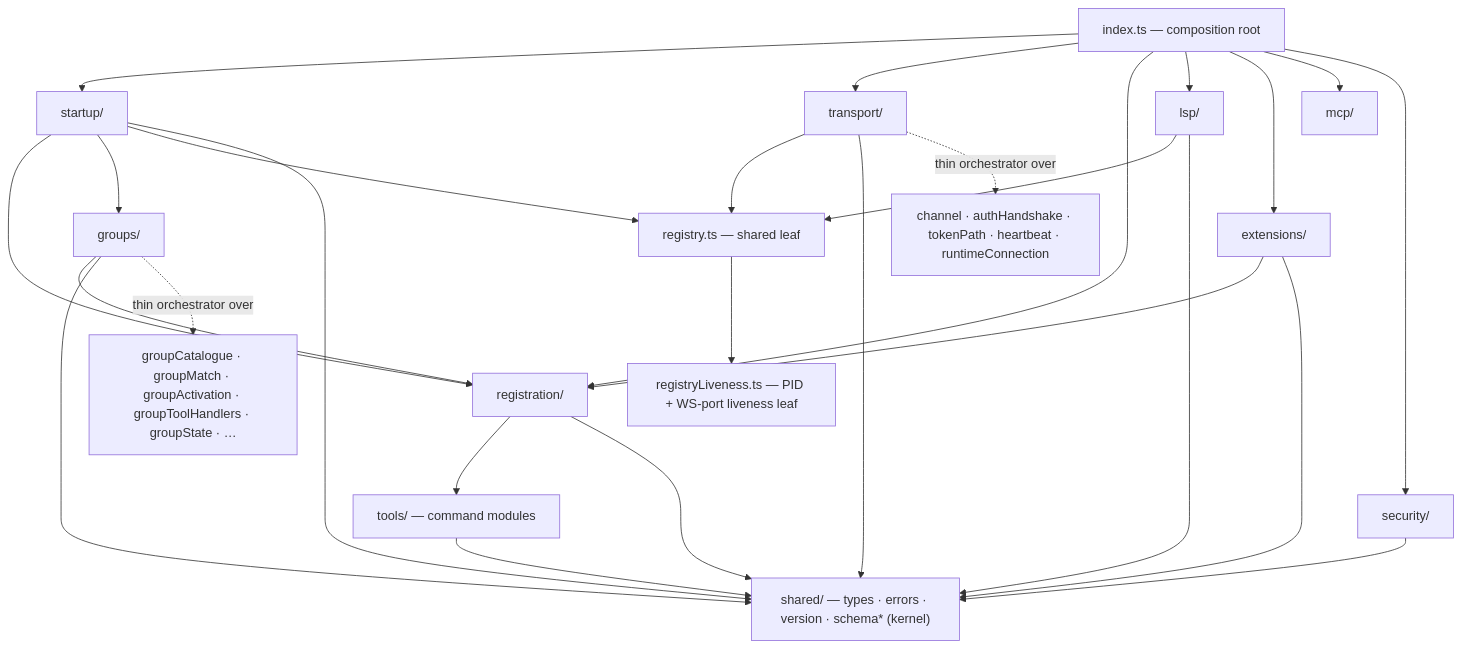
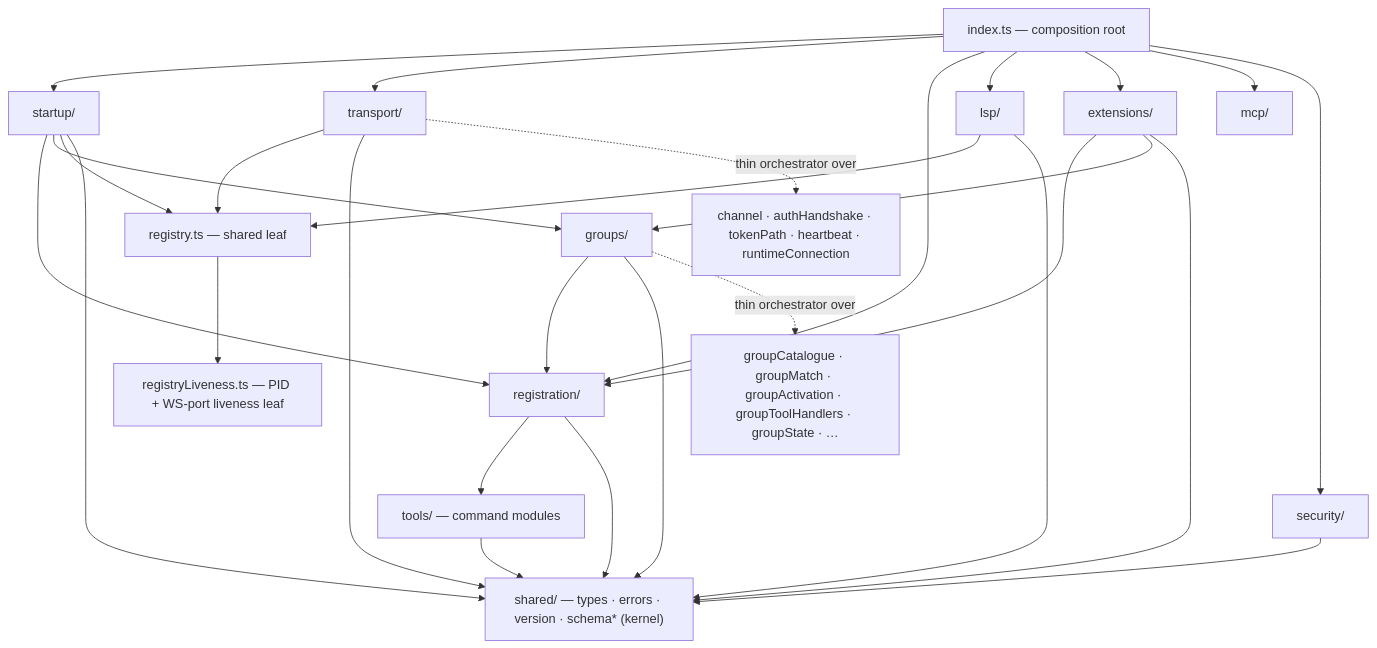
One commit to NPGameDev/godot-mcp-server changed the second of 13 diagrams in docs/architecture/README.md. Above: the diagram before and after it, drawn with Mermaid. The commit also changed other lines of this file and 1 other file, not shown here.

First line of the commit message:
docs: apply the review's fixes to the architecture doc and error table

````diff
--- a/docs/architecture/README.md
+++ b/docs/architecture/README.md
@@ -166,31 +166,32 @@
 ```mermaid
 flowchart TD
     index["index.ts — composition root"]
     registry["registry.ts — shared leaf"]
     index --> startup["startup/"]
     index --> transport["transport/"]
     index --> registration["registration/"]
     index --> lsp["lsp/"]
     index --> extensions["extensions/"]
     index --> mcp["mcp/"]
     index --> security["security/"]
     startup --> registration
     startup --> groups["groups/"]
     groups --> registration
     extensions --> registration
+    extensions --> groups
     registration --> tools["tools/ — command modules"]
     transport --> registry
     startup --> registry
     lsp --> registry
     registry --> liveness["registryLiveness.ts — PID + WS-port liveness leaf"]
     transport --> shared["shared/ — types · errors · version · schema* (kernel)"]
     registration --> shared
     groups --> shared
     extensions --> shared
     lsp --> shared
     security --> shared
     startup --> shared
     tools --> shared
     transport -.->|"thin orchestrator over"| tchildren["channel · authHandshake · tokenPath · heartbeat · runtimeConnection"]
     groups -.->|"thin orchestrator over"| gchildren["groupCatalogue · groupMatch · groupActivation · groupToolHandlers · groupState · …"]
 ```
````
